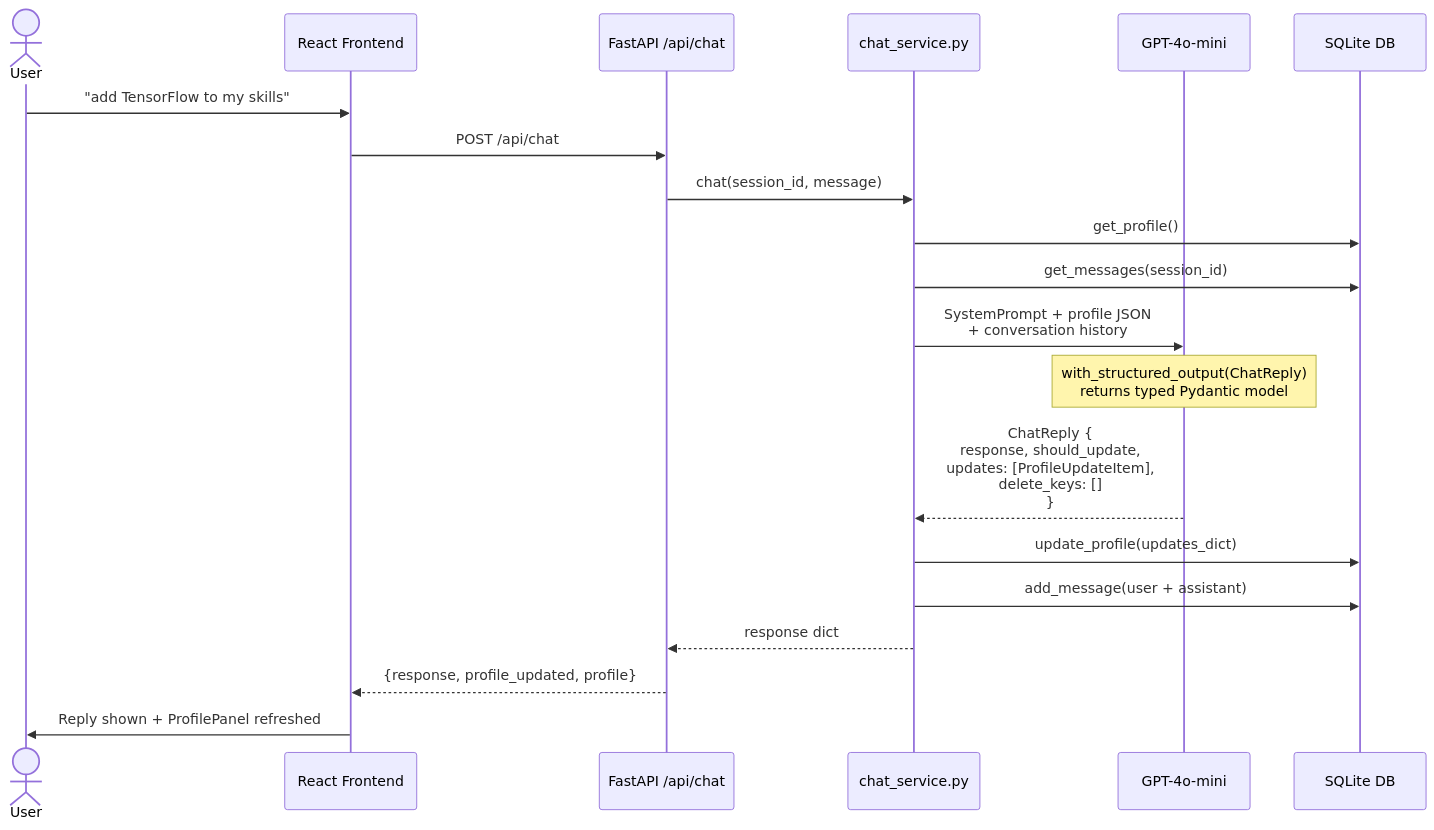
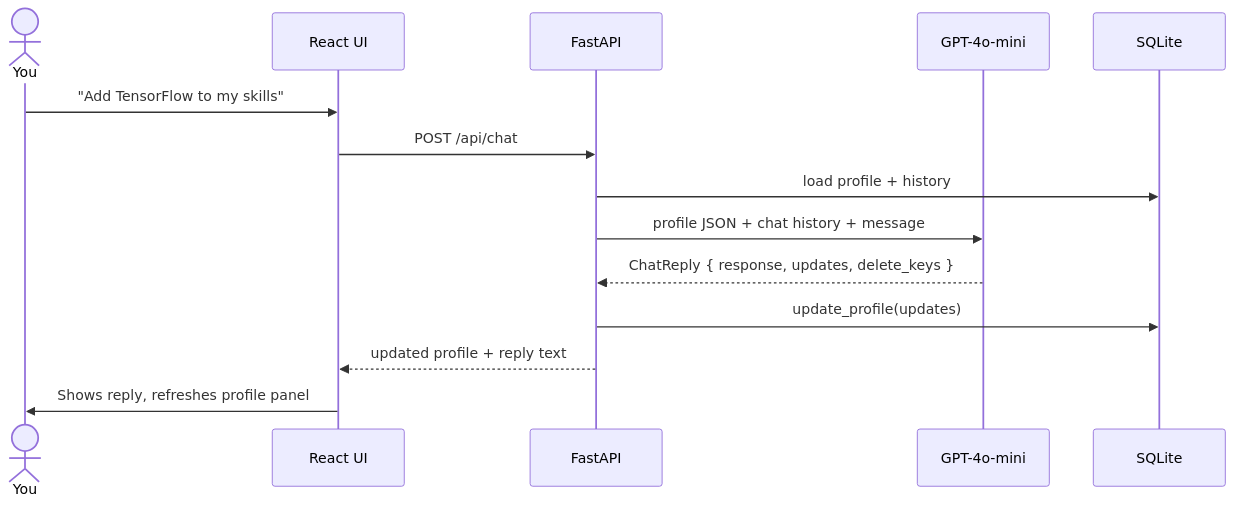
One commit to akashcodejames/Agentic_Job_Apply changed the third of 3 diagrams in README.md. Above: the diagram before and after it, drawn with Mermaid. The commit also changed other lines of this file, not shown here.

Commit message:
docs: simplify architecture diagram, add educational use disclaimer

````diff
--- a/README.md
+++ b/README.md
@@ -91,23 +80,17 @@
 ```mermaid
 sequenceDiagram
-    actor User
-    participant React as React Frontend
-    participant API as FastAPI /api/chat
-    participant chat_service as chat_service.py
+    actor You
+    participant UI as React UI
+    participant API as FastAPI
     participant GPT as GPT-4o-mini
-    participant DB as SQLite DB
+    participant DB as SQLite
 
-    User->>React: "add TensorFlow to my skills"
-    React->>API: POST /api/chat
-    API->>chat_service: chat(session_id, message)
-    chat_service->>DB: get_profile()
-    chat_service->>DB: get_messages(session_id)
-    chat_service->>GPT: SystemPrompt + profile JSON<br/>+ conversation history
-    Note over GPT: with_structured_output(ChatReply)<br/>returns typed Pydantic model
-    GPT-->>chat_service: ChatReply {<br/>  response, should_update,<br/>  updates: [ProfileUpdateItem],<br/>  delete_keys: []<br/>}
-    chat_service->>DB: update_profile(updates_dict)
-    chat_service->>DB: add_message(user + assistant)
-    chat_service-->>API: response dict
-    API-->>React: {response, profile_updated, profile}
-    React->>User: Reply shown + ProfilePanel refreshed
+    You->>UI: "Add TensorFlow to my skills"
+    UI->>API: POST /api/chat
+    API->>DB: load profile + history
+    API->>GPT: profile JSON + chat history + message
+    GPT-->>API: ChatReply { response, updates, delete_keys }
+    API->>DB: update_profile(updates)
+    API-->>UI: updated profile + reply text
+    UI->>You: Shows reply, refreshes profile panel
 ```
````
